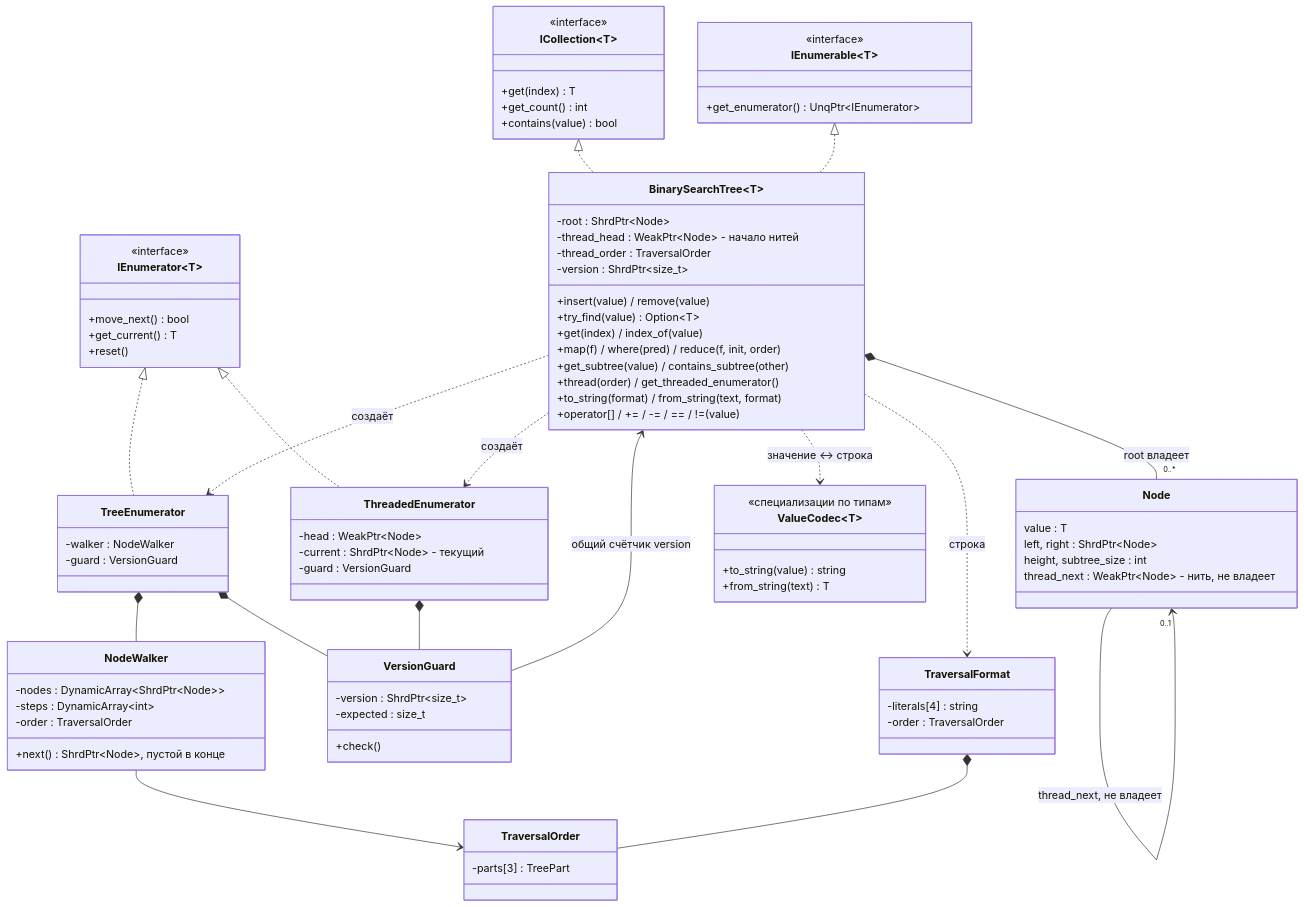
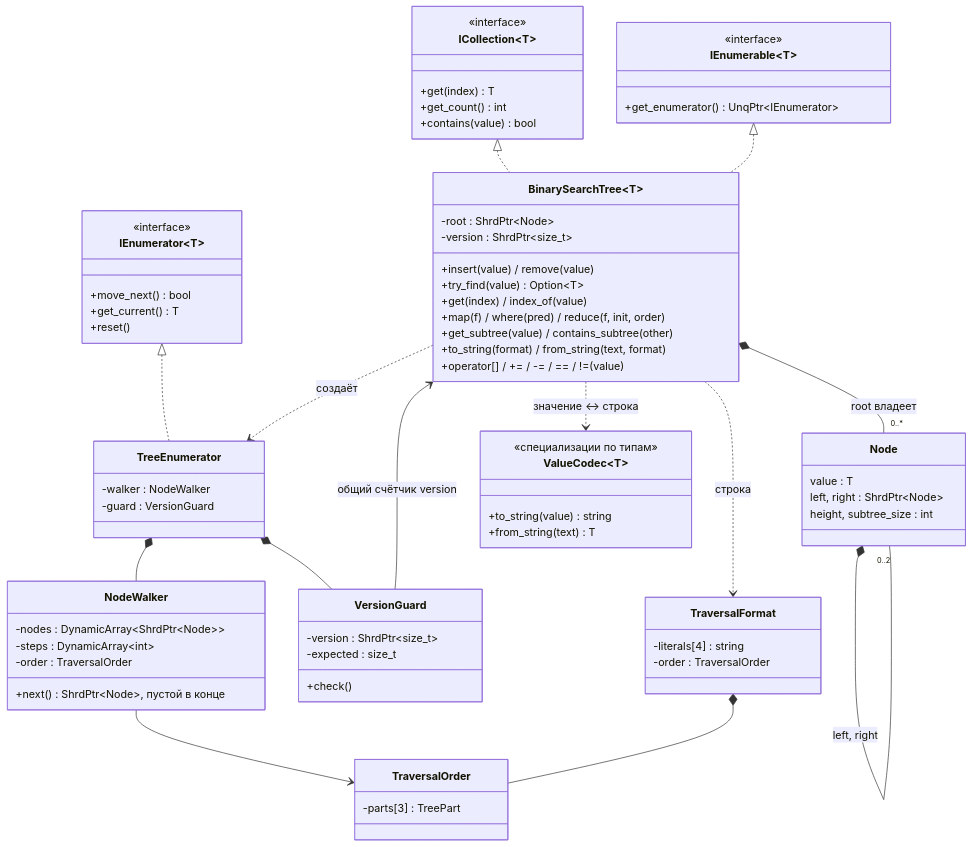
One commit to Hausmaster333/LR1-2 changed the diagram in lr1/docs/classes.mmd. Above: the diagram before and after it, drawn with Mermaid. The commit also changed 34 other files, not shown here.

```diff
--- a/lr1/docs/classes.mmd
+++ b/lr1/docs/classes.mmd
@@ -1,88 +1,75 @@
 classDiagram
     direction TB
     class ICollection~T~ {
         <<interface>>
         +get(index) T
         +get_count() int
         +contains(value) bool
     }
     class IEnumerable~T~ {
         <<interface>>
         +get_enumerator() UnqPtr~IEnumerator~
     }
     class IEnumerator~T~ {
         <<interface>>
         +move_next() bool
         +get_current() T
         +reset()
     }
     class BinarySearchTree~T~ {
         -root : ShrdPtr~Node~
-        -thread_head : WeakPtr~Node~ - начало нитей
-        -thread_order : TraversalOrder
         -version : ShrdPtr~size_t~
         +insert(value) / remove(value)
         +try_find(value) Option~T~
         +get(index) / index_of(value)
         +map(f) / where(pred) / reduce(f, init, order)
         +get_subtree(value) / contains_subtree(other)
-        +thread(order) / get_threaded_enumerator()
         +to_string(format) / from_string(text, format)
         +operator[] / += / -= / == / !=(value)
     }
     class Node {
         value : T
         left, right : ShrdPtr~Node~
         height, subtree_size : int
-        thread_next : WeakPtr~Node~ - нить, не владеет
     }
     class TreeEnumerator {
         -walker : NodeWalker
-        -guard : VersionGuard
-    }
-    class ThreadedEnumerator {
-        -head : WeakPtr~Node~
-        -current : ShrdPtr~Node~ - текущий
         -guard : VersionGuard
     }
     class NodeWalker {
         -nodes : DynamicArray~ShrdPtr~Node~~
         -steps : DynamicArray~int~
         -order : TraversalOrder
         +next() ShrdPtr~Node~, пустой в конце
     }
     class VersionGuard {
         -version : ShrdPtr~size_t~
         -expected : size_t
         +check()
     }
     class TraversalOrder {
         -parts[3] : TreePart
     }
     class TraversalFormat {
         -literals[4] : string
         -order : TraversalOrder
     }
     class ValueCodec~T~ {
         <<специализации по типам>>
         +to_string(value) string
         +from_string(text) T
     }
 
     ICollection <|.. BinarySearchTree
     IEnumerable <|.. BinarySearchTree
     IEnumerator <|.. TreeEnumerator
-    IEnumerator <|.. ThreadedEnumerator
     BinarySearchTree *-- "0..*" Node : root владеет
     Node *-- "0..2" Node : left, right
-    Node --> "0..1" Node : thread_next, не владеет
     BinarySearchTree ..> TreeEnumerator : создаёт
-    BinarySearchTree ..> ThreadedEnumerator : создаёт
     TreeEnumerator *-- NodeWalker
     TreeEnumerator *-- VersionGuard
-    ThreadedEnumerator *-- VersionGuard
     VersionGuard --> BinarySearchTree : общий счётчик version
     NodeWalker --> TraversalOrder
     TraversalFormat *-- TraversalOrder
     BinarySearchTree ..> TraversalFormat : строка
     BinarySearchTree ..> ValueCodec : значение ↔ строка
```
